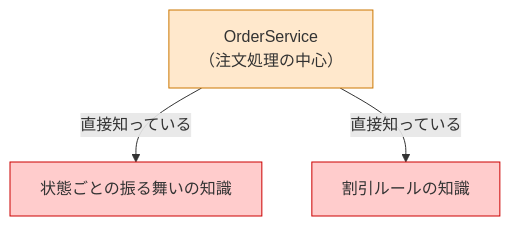
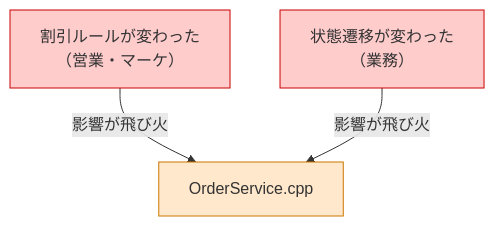
The second of 6 diagrams in kindle/design-patterns/output/chapter09.md (kumachan1101-pixel/DesignPattern), drawn with Mermaid before and after one commit. The commit also changed other lines of this file and 1 other file, not shown here.

````diff
--- a/kindle/design-patterns/output/chapter09.md
+++ b/kindle/design-patterns/output/chapter09.md
@@ -107,13 +223,13 @@
 ```mermaid
 graph TD
-    A["OrderService\n（注文処理の中心）"]
-    B["状態ごとの振る舞いの知識"]
-    C["割引ルールの知識"]
+    T1["割引ルールが変わった\n（営業・マーケ）"]
+    T2["状態遷移が変わった\n（業務）"]
+    A["OrderService.cpp"]
 
-    A -->|直接知っている| B
-    A -->|直接知っている| C
+    T1 -->|影響が飛び火| A
+    T2 -->|影響が飛び火| A
 
-    style B fill:#ffcccc,stroke:#cc0000
-    style C fill:#ffcccc,stroke:#cc0000
+    style T1 fill:#ffcccc,stroke:#cc0000
+    style T2 fill:#ffcccc,stroke:#cc0000
     style A fill:#ffe8cc,stroke:#cc7700
 ```
````
